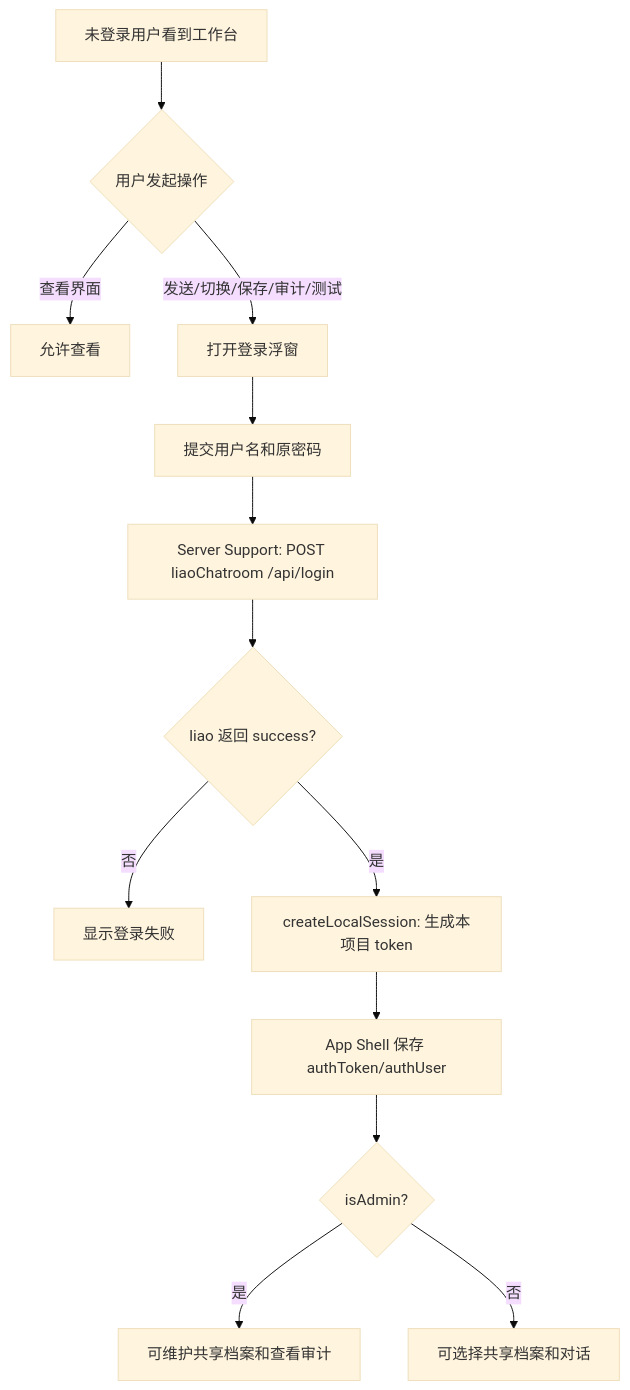
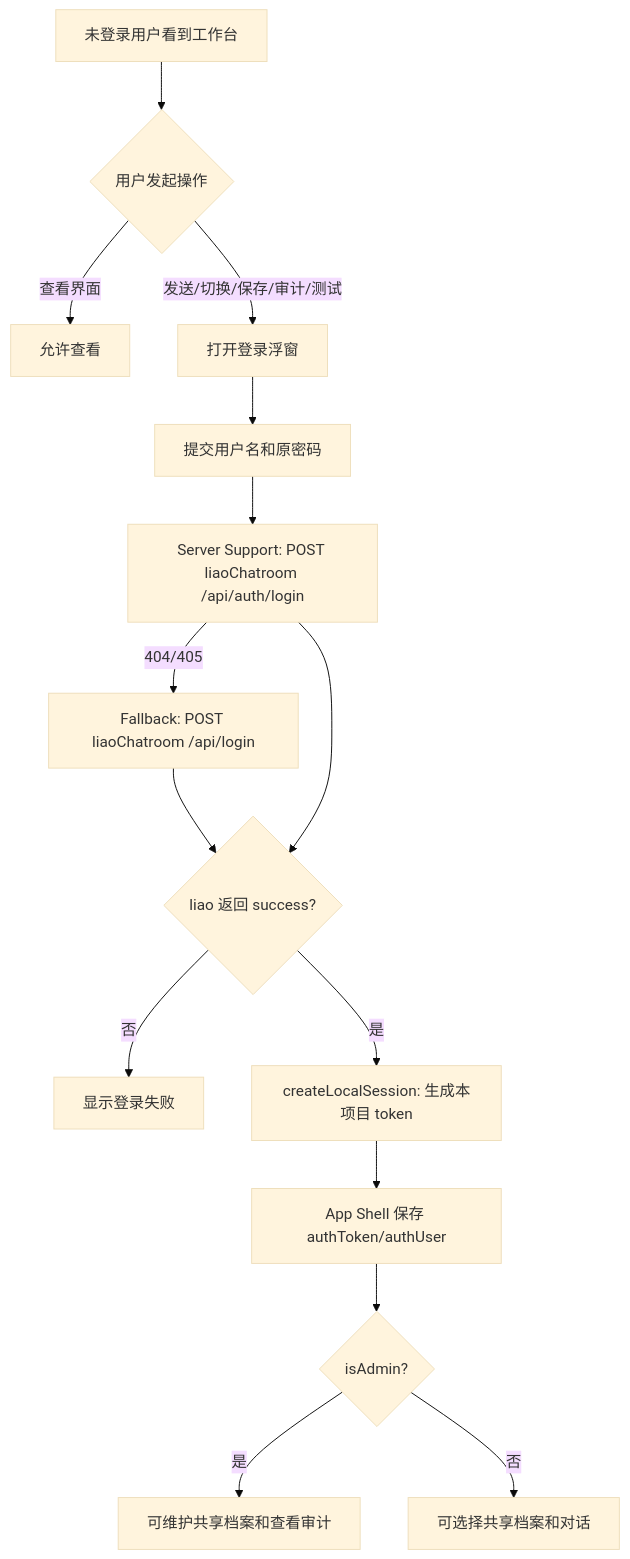
The fifth of 32 diagrams in docs/SYSTEM_FLOW.md (ttmanthatman/virtual-human-flow), drawn with Mermaid (base theme) before and after one commit. The commit also changed other lines of this file and 13 other files, not shown here.

Commit message:
fix: bridge liao auth login

````diff
--- a/docs/SYSTEM_FLOW.md
+++ b/docs/SYSTEM_FLOW.md
@@ -171,15 +171,17 @@
 ```mermaid
 flowchart TD
     A[未登录用户看到工作台] --> B{用户发起操作}
     B -- 查看界面 --> C[允许查看]
     B -- 发送/切换/保存/审计/测试 --> D[打开登录浮窗]
     D --> E[提交用户名和原密码]
-    E --> F[Server Support: POST liaoChatroom /api/login]
+    E --> F[Server Support: POST liaoChatroom /api/auth/login]
+    F -- 404/405 --> F2[Fallback: POST liaoChatroom /api/login]
+    F2 --> G
     F --> G{liao 返回 success?}
     G -- 否 --> H[显示登录失败]
     G -- 是 --> I[createLocalSession: 生成本项目 token]
     I --> J[App Shell 保存 authToken/authUser]
     J --> K{isAdmin?}
     K -- 是 --> L[可维护共享档案和查看审计]
     K -- 否 --> M[可选择共享档案和对话]
 ```
````
